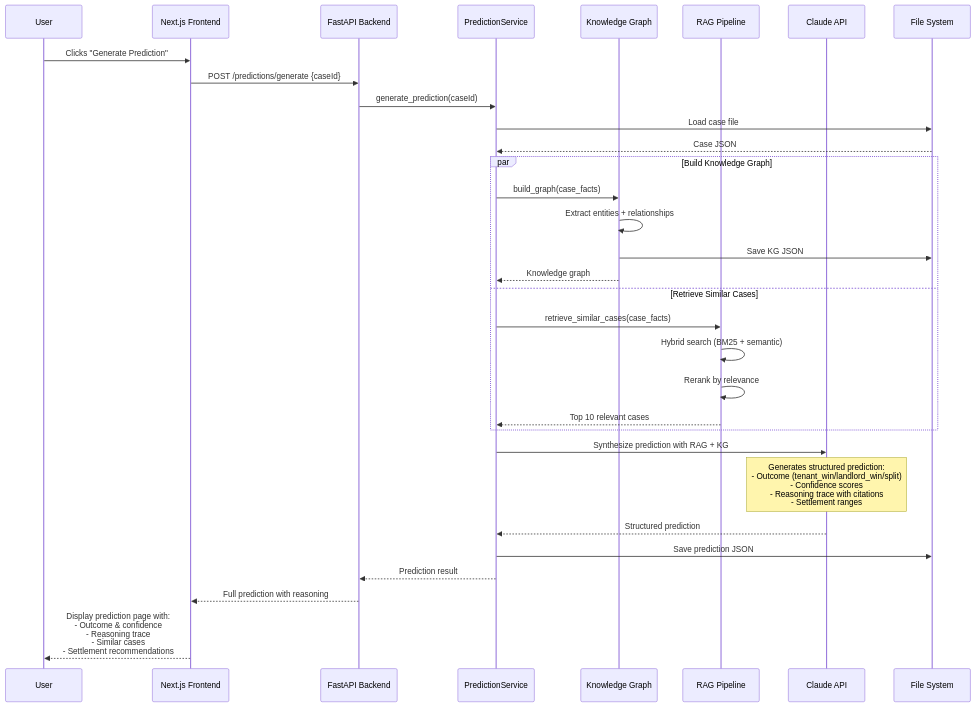
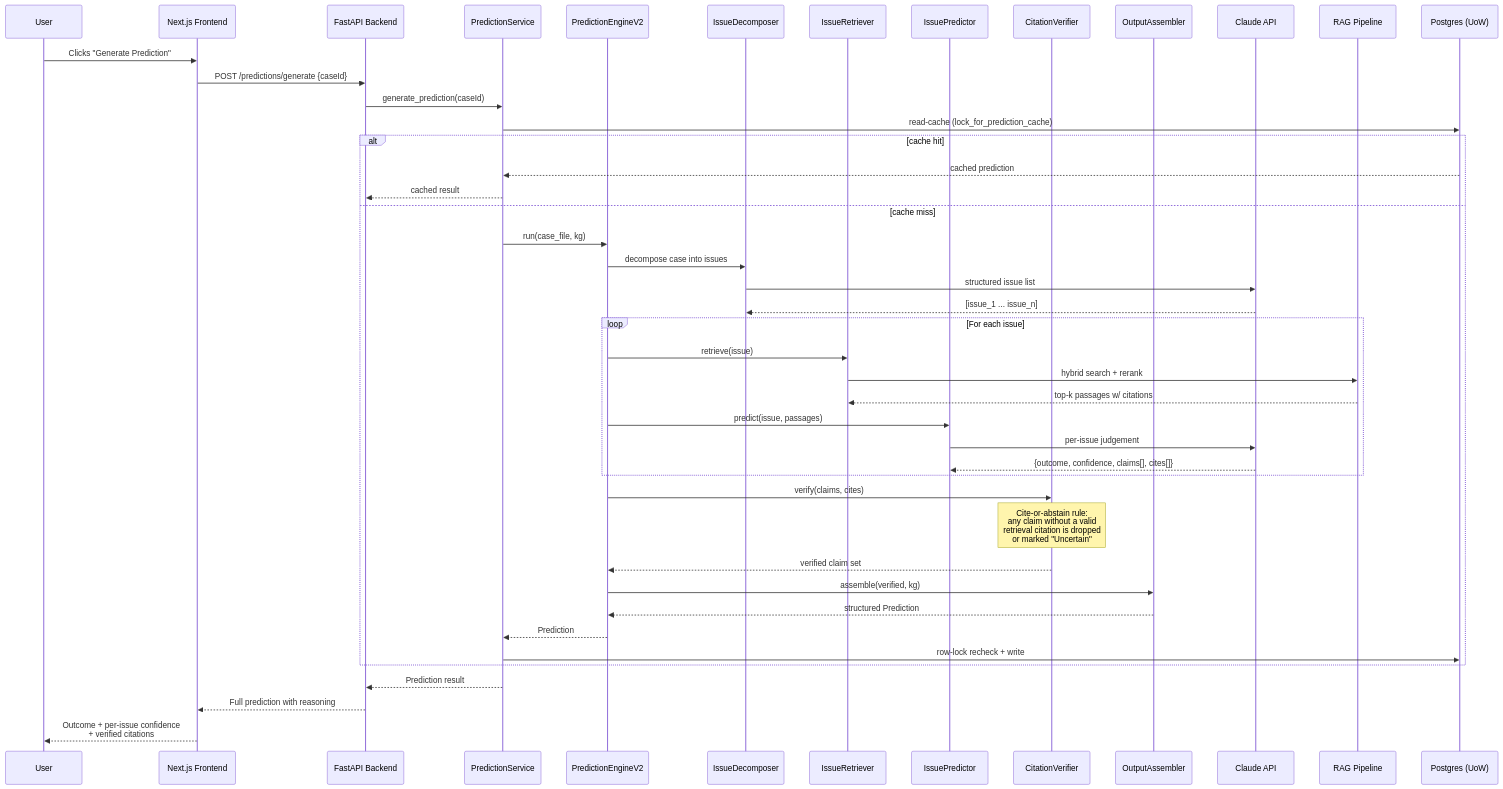
The third of 6 diagrams in docs/ARCHITECTURE.md (MSH4R1F/proposer), drawn with Mermaid before and after one commit. The commit also changed other lines of this file and 3 other files, not shown here.

````diff
--- a/docs/ARCHITECTURE.md
+++ b/docs/ARCHITECTURE.md
@@ -247,39 +273,50 @@
 ```mermaid
 sequenceDiagram
     participant User
     participant Frontend as Next.js Frontend
     participant API as FastAPI Backend
     participant PredictionService
-    participant KGBuilder as Knowledge Graph
+    participant Engine as PredictionEngineV2
+    participant Decomposer as IssueDecomposer
+    participant Retriever as IssueRetriever
+    participant Predictor as IssuePredictor
+    participant Verifier as CitationVerifier
+    participant Assembler as OutputAssembler
+    participant Claude as Claude API
     participant RAG as RAG Pipeline
-    participant Claude as Claude API
-    participant Storage as File System
+    participant DB as Postgres (UoW)
 
     User->>Frontend: Clicks "Generate Prediction"
     Frontend->>API: POST /predictions/generate {caseId}
     API->>PredictionService: generate_prediction(caseId)
-    
-    PredictionService->>Storage: Load case file
-    Storage-->>PredictionService: Case JSON
-    
-    par Build Knowledge Graph
-        PredictionService->>KGBuilder: build_graph(case_facts)
-        KGBuilder->>KGBuilder: Extract entities + relationships
-        KGBuilder->>Storage: Save KG JSON
-        KGBuilder-->>PredictionService: Knowledge graph
-    and Retrieve Similar Cases
-        PredictionService->>RAG: retrieve_similar_cases(case_facts)
-        RAG->>RAG: Hybrid search (BM25 + semantic)
-        RAG->>RAG: Rerank by relevance
-        RAG-->>PredictionService: Top 10 relevant cases
+
+    PredictionService->>DB: read-cache (lock_for_prediction_cache)
+    alt cache hit
+        DB-->>PredictionService: cached prediction
+        PredictionService-->>API: cached result
+    else cache miss
+        PredictionService->>Engine: run(case_file, kg)
+        Engine->>Decomposer: decompose case into issues
+        Decomposer->>Claude: structured issue list
+        Claude-->>Decomposer: [issue_1 ... issue_n]
+        loop For each issue
+            Engine->>Retriever: retrieve(issue)
+            Retriever->>RAG: hybrid search + rerank
+            RAG-->>Retriever: top-k passages w/ citations
+            Engine->>Predictor: predict(issue, passages)
+            Predictor->>Claude: per-issue judgement
+            Claude-->>Predictor: {outcome, confidence, claims[], cites[]}
+        end
+        Engine->>Verifier: verify(claims, cites)
+        Note over Verifier: Cite-or-abstain rule:<br/>any claim without a valid<br/>retrieval citation is dropped<br/>or marked "Uncertain"
+        Verifier-->>Engine: verified claim set
+        Engine->>Assembler: assemble(verified, kg)
+        Assembler-->>Engine: structured Prediction
+        Engine-->>PredictionService: Prediction
+        PredictionService->>DB: row-lock recheck + write
     end
-    
-    PredictionService->>Claude: Synthesize prediction with RAG + KG
-    Note over Claude: Generates structured prediction:<br/>- Outcome (tenant_win/landlord_win/split)<br/>- Confidence scores<br/>- Reasoning trace with citations<br/>- Settlement ranges
-    Claude-->>PredictionService: Structured prediction
-    
-    PredictionService->>Storage: Save prediction JSON
+
     PredictionService-->>API: Prediction result
     API-->>Frontend: Full prediction with reasoning
-    Frontend-->>User: Display prediction page with:<br/>- Outcome & confidence<br/>- Reasoning trace<br/>- Similar cases<br/>- Settlement recommendations
+    Frontend-->>User: Outcome + per-issue confidence<br/>+ verified citations
 ```
````
